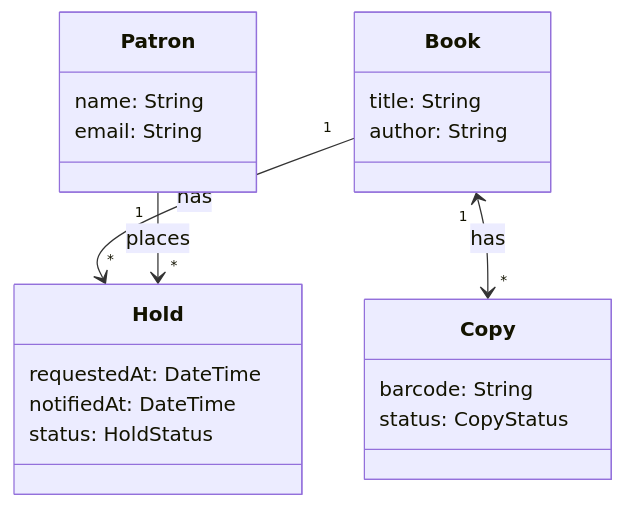
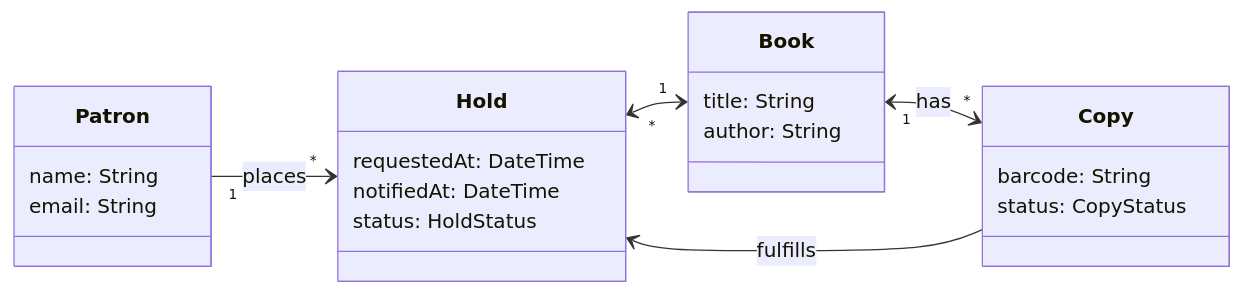
The third of 8 diagrams in lecture-slides/l12-domain-modeling.mdx (neu-pdi/cs3100-public-resources), drawn with Mermaid before and after one commit. The commit also changed other lines of this file and 1 other file, not shown here.

````diff
--- a/lecture-slides/l12-domain-modeling.mdx
+++ b/lecture-slides/l12-domain-modeling.mdx
@@ -1269,27 +1275,29 @@
 ```mermaid
 classDiagram
+direction LR
     class Patron {
         name: String
         email: String
     }
 
     class Book {
         title: String
         author: String
     }
 
     class Copy {
         barcode: String
         status: CopyStatus
     }
 
     class Hold {
         requestedAt: DateTime
         notifiedAt: DateTime
         status: HoldStatus
     }
 
     Book "1" <--> "*" Copy : has
-    Book "1" --> "*" Hold : has
     Patron "1" --> "*" Hold : places
+    Copy --> Hold : fulfills
+    Hold "*" <--> "1" Book
 ```
````
